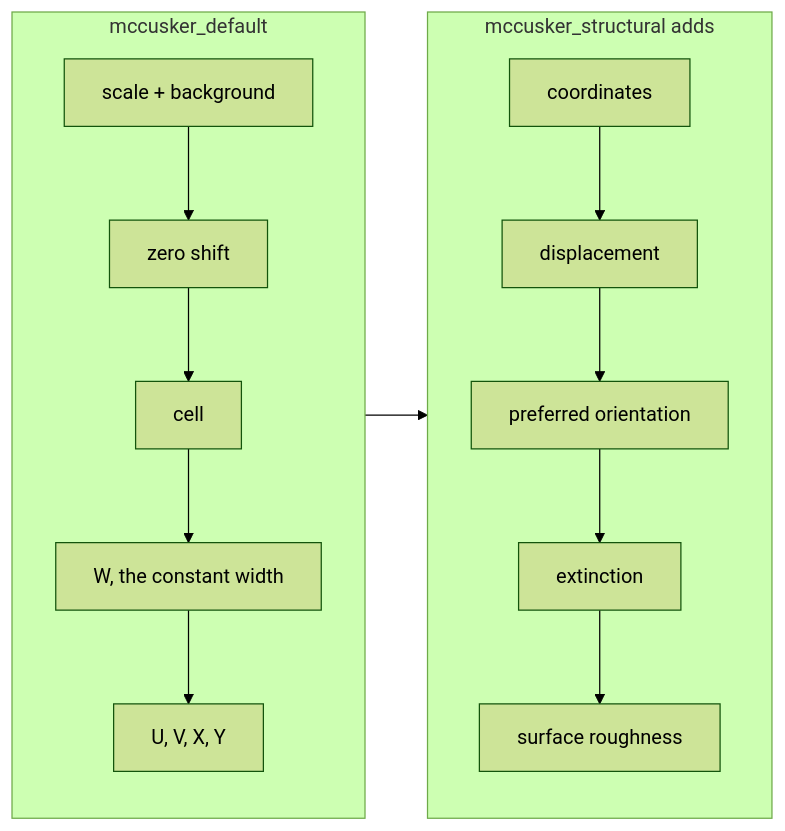
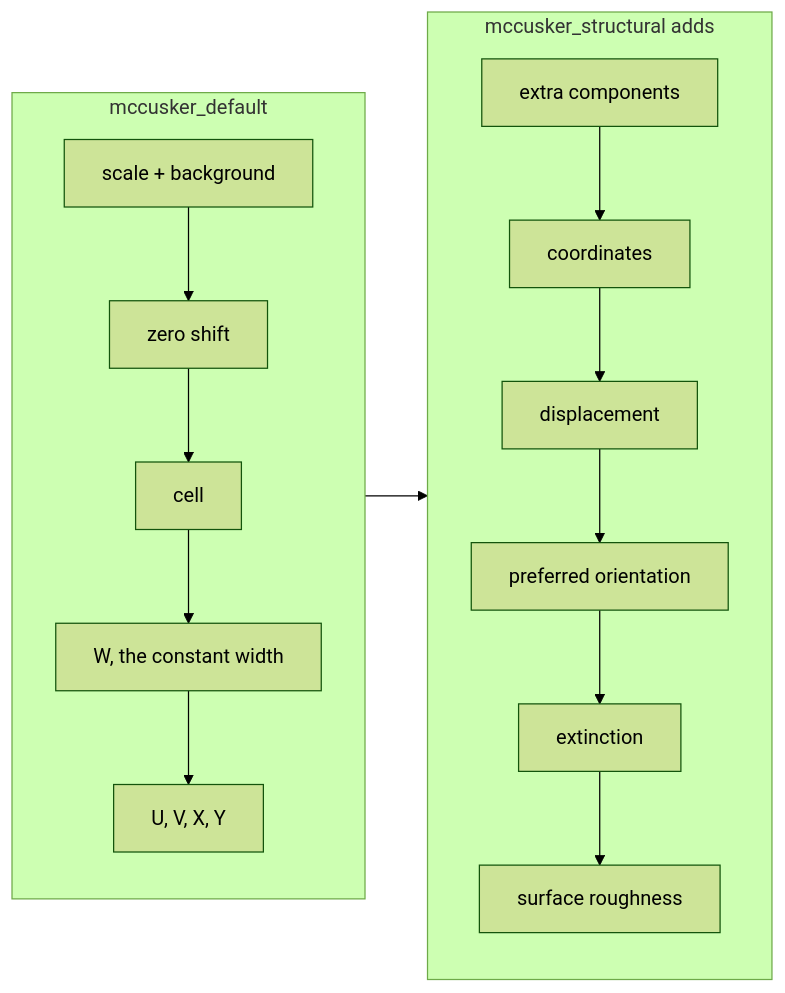
One commit to mustachefeeling/rietx changed the diagram in docs/manual/using/concepts.md. Above: the diagram before and after it, drawn with Mermaid (forest theme). The commit also changed 16 other files, not shown here.

````diff
--- a/docs/manual/using/concepts.md
+++ b/docs/manual/using/concepts.md
@@ -461,14 +461,14 @@
 ```{mermaid}
 flowchart LR
   subgraph a ["mccusker_default"]
     direction TB
     A["scale + background"] --> B["zero shift"] --> C["cell"]
     C --> D["W, the constant width"] --> E["U, V, X, Y"]
   end
   subgraph b ["mccusker_structural adds"]
     direction TB
-    F["coordinates"] --> G["displacement"] --> H["preferred orientation"]
+    X["extra components"] --> F["coordinates"] --> G["displacement"] --> H["preferred orientation"]
     H --> I["extinction"] --> J["surface roughness"]
   end
   a --> b
 ```
````
